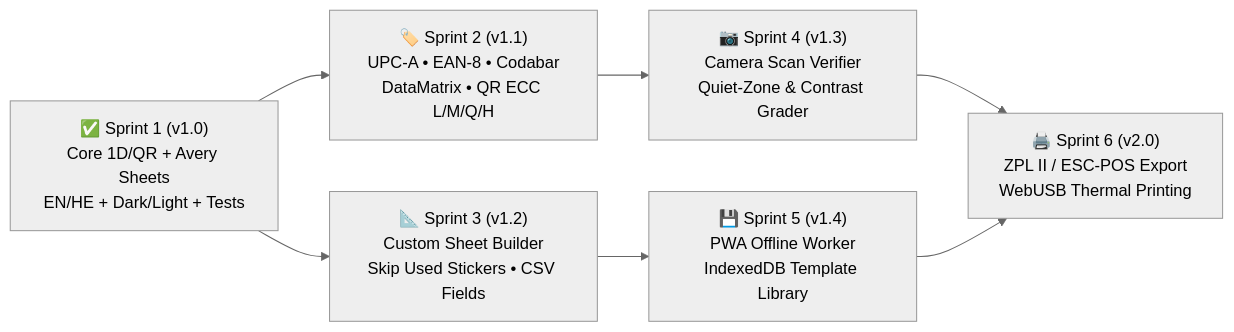
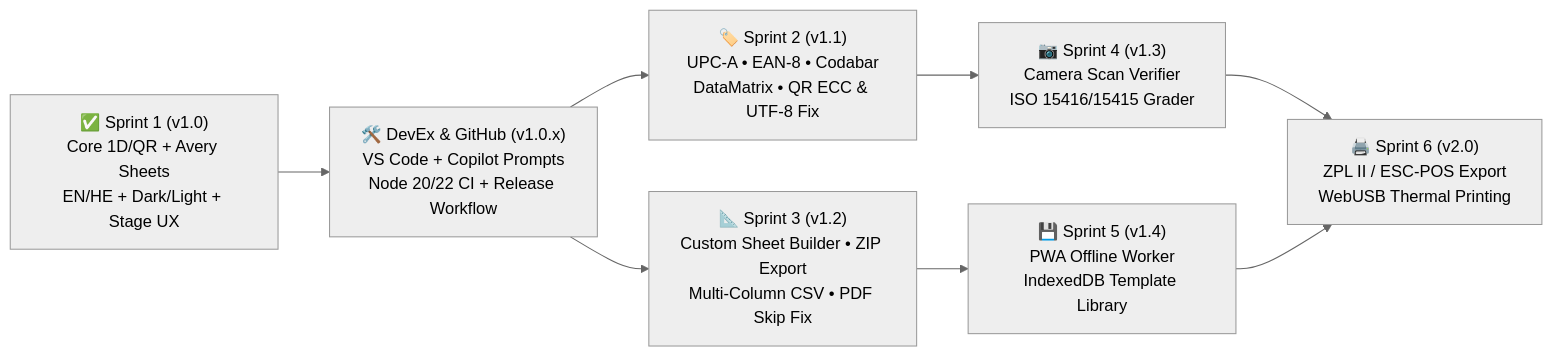
One commit to RajwanYair/barcode-label-studio changed the first of 2 diagrams in ROADMAP.md. Above: the diagram before and after it, drawn with Mermaid (neutral theme). The commit also changed other lines of this file and 19 other files, not shown here.

Commit message:
feat: implement ISS-01..ISS-08 fixes, PKZIP export, VS Code/Copilot Chat configs, and Release workflow

````diff
--- a/ROADMAP.md
+++ b/ROADMAP.md
@@ -21,8 +21,9 @@
 ```mermaid
 flowchart LR
-    S1["✅ Sprint 1 (v1.0)<br/>Core 1D/QR + Avery Sheets<br/>EN/HE + Dark/Light + Tests"] --> S2["🏷️ Sprint 2 (v1.1)<br/>UPC-A • EAN-8 • Codabar<br/>DataMatrix • QR ECC L/M/Q/H"]
-    S1 --> S3["📐 Sprint 3 (v1.2)<br/>Custom Sheet Builder<br/>Skip Used Stickers • CSV Fields"]
-    S2 --> S4["📷 Sprint 4 (v1.3)<br/>Camera Scan Verifier<br/>Quiet-Zone & Contrast Grader"]
+    S1["✅ Sprint 1 (v1.0)<br/>Core 1D/QR + Avery Sheets<br/>EN/HE + Dark/Light + Stage UX"] --> DX["🛠️ DevEx & GitHub (v1.0.x)<br/>VS Code + Copilot Prompts<br/>Node 20/22 CI + Release Workflow"]
+    DX --> S2["🏷️ Sprint 2 (v1.1)<br/>UPC-A • EAN-8 • Codabar<br/>DataMatrix • QR ECC & UTF-8 Fix"]
+    DX --> S3["📐 Sprint 3 (v1.2)<br/>Custom Sheet Builder • ZIP Export<br/>Multi-Column CSV • PDF Skip Fix"]
+    S2 --> S4["📷 Sprint 4 (v1.3)<br/>Camera Scan Verifier<br/>ISO 15416/15415 Grader"]
     S3 --> S5["💾 Sprint 5 (v1.4)<br/>PWA Offline Worker<br/>IndexedDB Template Library"]
     S4 & S5 --> S6["🖨️ Sprint 6 (v2.0)<br/>ZPL II / ESC-POS Export<br/>WebUSB Thermal Printing"]
 ```
````
